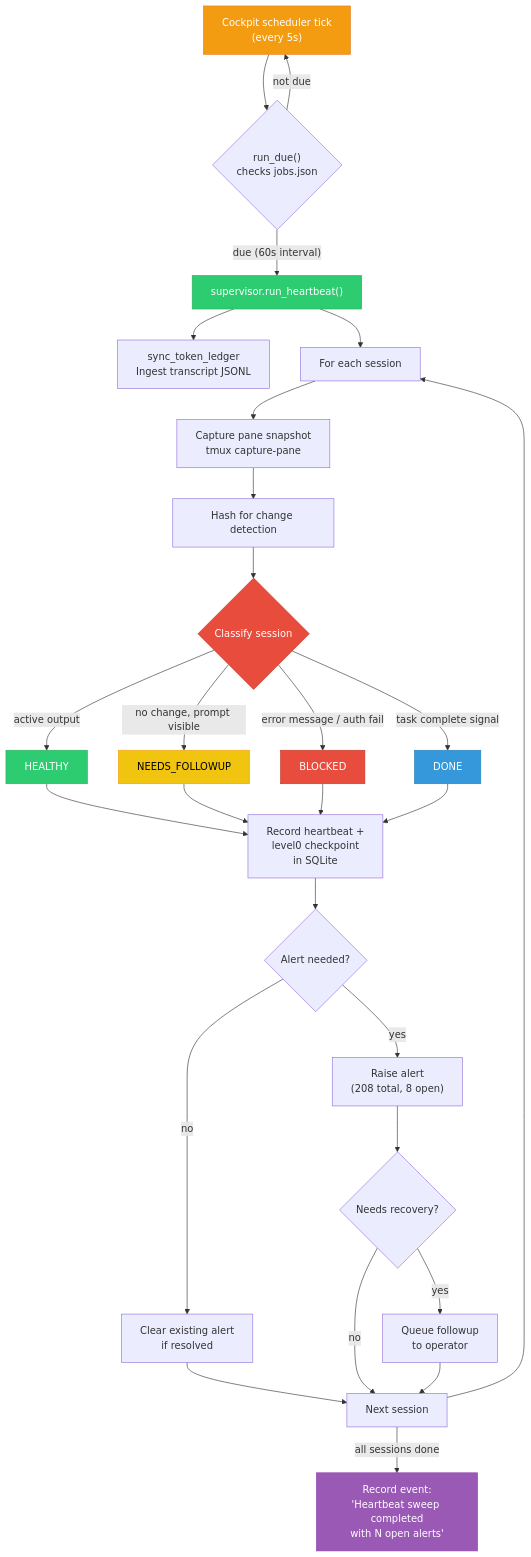
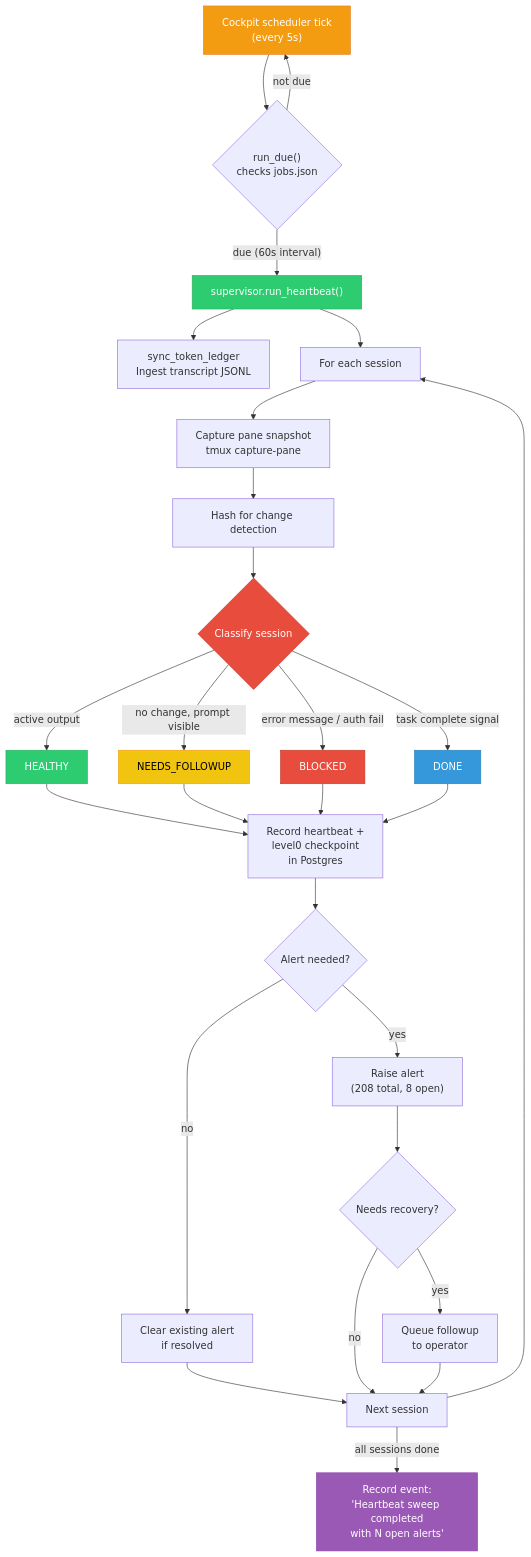
One commit to samhotchkiss/pollypm changed the diagram in docs/visuals/heartbeat-sweep-flow.md. Above: the diagram before and after it, drawn with Mermaid. The commit also changed 22 other files, not shown here.

````diff
--- a/docs/visuals/heartbeat-sweep-flow.md
+++ b/docs/visuals/heartbeat-sweep-flow.md
@@ -5,47 +5,47 @@
 ```mermaid
 flowchart TD
     A["Cockpit scheduler tick<br/>(every 5s)"] --> B{"run_due()<br/>checks jobs.json"}
     B -->|"not due"| A
     B -->|"due (60s interval)"| C["supervisor.run_heartbeat()"]
 
     C --> D["sync_token_ledger<br/>Ingest transcript JSONL"]
 
     C --> E["For each session"]
 
     E --> F["Capture pane snapshot<br/>tmux capture-pane"]
     F --> G["Hash for change detection"]
     G --> H{"Classify session"}
 
     H -->|"active output"| I["HEALTHY"]
     H -->|"no change, prompt visible"| J["NEEDS_FOLLOWUP"]
     H -->|"error message / auth fail"| K["BLOCKED"]
     H -->|"task complete signal"| L["DONE"]
 
-    I --> M["Record heartbeat +<br/>level0 checkpoint<br/>in SQLite"]
+    I --> M["Record heartbeat +<br/>level0 checkpoint<br/>in Postgres"]
     J --> M
     K --> M
     L --> M
 
     M --> N{"Alert needed?"}
     N -->|"yes"| O["Raise alert<br/>(208 total, 8 open)"]
     N -->|"no"| P["Clear existing alert<br/>if resolved"]
 
     O --> Q{"Needs recovery?"}
     P --> R["Next session"]
     Q -->|"no"| R
     Q -->|"yes"| S["Queue followup<br/>to operator"]
     S --> R
 
     R --> E
 
     R -->|"all sessions done"| T["Record event:<br/>'Heartbeat sweep completed<br/>with N open alerts'"]
 
     style A fill:#f39c12,stroke:#e67e22,color:#fff
     style C fill:#2ecc71,stroke:#27ae60,color:#fff
     style H fill:#e74c3c,stroke:#c0392b,color:#fff
     style I fill:#2ecc71,stroke:#27ae60,color:#fff
     style J fill:#f1c40f,stroke:#f39c12,color:#000
     style K fill:#e74c3c,stroke:#c0392b,color:#fff
     style L fill:#3498db,stroke:#2980b9,color:#fff
     style T fill:#9b59b6,stroke:#8e44ad,color:#fff
 ```
````
